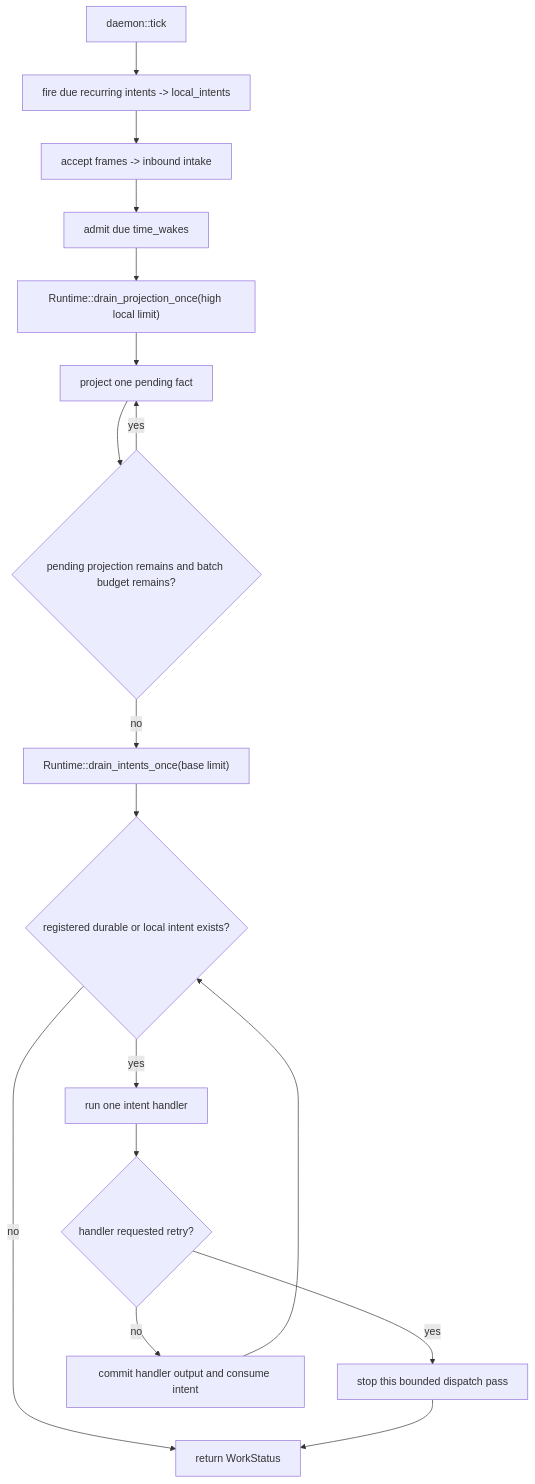
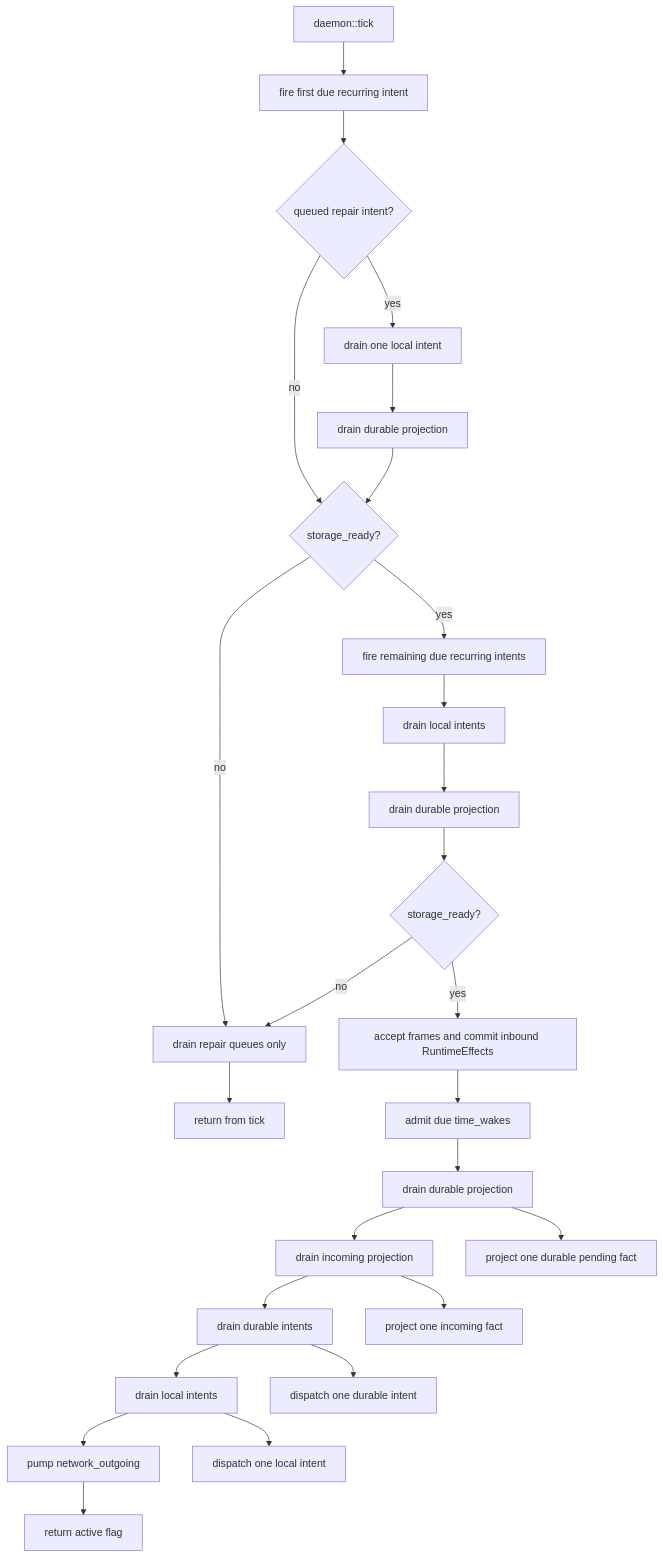
The second of 5 diagrams in ARCHITECTURE_DIAGRAMS_ALT.md (holmesworcester/poc-10), drawn with Mermaid before and after one commit. The commit also changed other lines of this file and 1 other file, not shown here.

Commit message:
Update architecture diagrams for simplified runtime queues

````diff
--- a/ARCHITECTURE_DIAGRAMS_ALT.md
+++ b/ARCHITECTURE_DIAGRAMS_ALT.md
@@ -45,21 +57,31 @@
 ```mermaid
 %%{init: {"flowchart": {"wrappingWidth": 300}} }%%
 flowchart TD
-    START["daemon::tick"] --> RECUR["fire due recurring intents -> local_intents"]
-    RECUR --> INBOUND["accept frames -> inbound intake"]
+    START["daemon::tick"] --> FIRST["fire first due recurring intent"]
+    FIRST --> FIRST_DRAIN{"queued repair intent?"}
+    FIRST_DRAIN -- yes --> LOCAL_ONE["drain one local intent"]
+    LOCAL_ONE --> DURABLE_REPAIR["drain durable projection"]
+    FIRST_DRAIN -- no --> READY_ONE{"storage_ready?"}
+    DURABLE_REPAIR --> READY_ONE
+    READY_ONE -- no --> REPAIR["drain repair queues only"]
+    REPAIR --> RETURN_REPAIR["return from tick"]
+
+    READY_ONE -- yes --> RECUR["fire remaining due recurring intents"]
+    RECUR --> LOCAL["drain local intents"]
+    LOCAL --> DURABLE_PRE["drain durable projection"]
+    DURABLE_PRE --> READY_TWO{"storage_ready?"}
+    READY_TWO -- no --> REPAIR
+    READY_TWO -- yes --> INBOUND["accept frames and commit inbound RuntimeEffects"]
     INBOUND --> TIME["admit due time_wakes"]
-    TIME --> PRE_PROJECT["Runtime::drain_projection_once(high local limit)"]
-    PRE_PROJECT --> PROJECT_ONE["project one pending fact"]
-    PROJECT_ONE --> MORE_PROJECTION{"pending projection remains and batch budget remains?"}
-    MORE_PROJECTION -- yes --> PROJECT_ONE
-    MORE_PROJECTION -- no --> DISPATCH["Runtime::drain_intents_once(base limit)"]
+    TIME --> DURABLE["drain durable projection"]
+    DURABLE --> INCOMING["drain incoming projection"]
+    INCOMING --> DURABLE_INTENTS["drain durable intents"]
+    DURABLE_INTENTS --> LOCAL_INTENTS["drain local intents"]
+    LOCAL_INTENTS --> OUTGOING["pump network_outgoing"]
+    OUTGOING --> DONE["return active flag"]
 
-    DISPATCH --> NEXT_INTENT{"registered durable or local intent exists?"}
-    NEXT_INTENT -- yes --> HANDLER["run one intent handler"]
-    HANDLER --> RETRY{"handler requested retry?"}
-    RETRY -- yes --> STOP_DISPATCH["stop this bounded dispatch pass"]
-    RETRY -- no --> COMMIT_HANDLER["commit handler output and consume intent"]
-    COMMIT_HANDLER --> NEXT_INTENT
-    NEXT_INTENT -- no --> DONE["return WorkStatus"]
-    STOP_DISPATCH --> DONE
+    DURABLE --> PROJECT_ONE["project one durable pending fact"]
+    INCOMING --> PROJECT_INCOMING["project one incoming fact"]
+    DURABLE_INTENTS --> HANDLER_DURABLE["dispatch one durable intent"]
+    LOCAL_INTENTS --> HANDLER_LOCAL["dispatch one local intent"]
 ```
````
